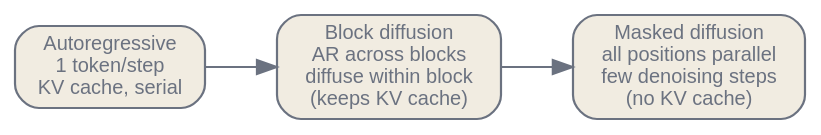
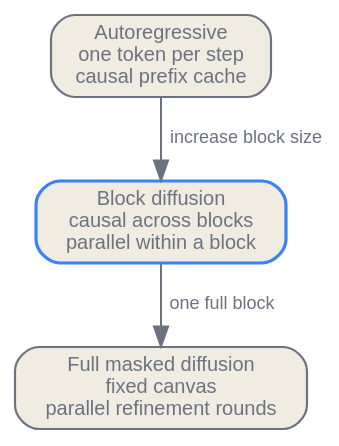
One commit to latere-ai/ai-as-an-infrastructure changed the diagram in en/generative/02-nar-diffusion-lms.qmd. Above: the diagram before and after it, drawn with Graphviz. The commit also changed other lines of this file and 9 other files, not shown here.

````diff
--- a/en/generative/02-nar-diffusion-lms.qmd
+++ b/en/generative/02-nar-diffusion-lms.qmd
@@ -171,16 +305,16 @@
 ```{dot}
 //| label: fig-nar-spectrum
-//| fig-cap: "The spectrum from autoregressive to fully parallel generation. Pure autoregression emits one token per step and keeps a key-value cache; block diffusion is autoregressive across blocks (so it keeps the cache and arbitrary length) but denoises in parallel within a block; a full masked diffusion model decodes every position in parallel over a few denoising rounds, forfeiting the cache for parallelism. After Arriola et al. (2025)."
+//| fig-cap: "Dependency structure: autoregression is serial by token, block diffusion is serial across blocks, and full masked diffusion refines a fixed canvas."
 digraph {
   bgcolor="transparent";
-  rankdir=LR;
-  nodesep=0.4; ranksep=0.5;
+  rankdir=TB;
+  nodesep=0.3; ranksep=0.45;
   node [shape=box, style="rounded,filled", fontname="Helvetica", fontsize=10, color="#6b7280", fontcolor="#6b7280", fillcolor="#f1ece1", penwidth=1.1];
-  edge [fontsize=10, fontname="Helvetica", color="#6b7280", fontcolor="#6b7280"];
-  ar [label="Autoregressive\n1 token/step\nKV cache, serial"];
-  bd [label="Block diffusion\nAR across blocks\ndiffuse within block\n(keeps KV cache)"];
-  md [label="Masked diffusion\nall positions parallel\nfew denoising steps\n(no KV cache)"];
-  ar -> bd;
-  bd -> md;
+  edge [fontsize=9, fontname="Helvetica", color="#6b7280", fontcolor="#6b7280"];
+  ar [label="Autoregressive\none token per step\ncausal prefix cache"];
+  bd [label="Block diffusion\ncausal across blocks\nparallel within a block", color="#3b82f6", penwidth=1.6];
+  md [label="Full masked diffusion\nfixed canvas\nparallel refinement rounds"];
+  ar -> bd [label="increase block size"];
+  bd -> md [label="one full block"];
 }
 ```
````
